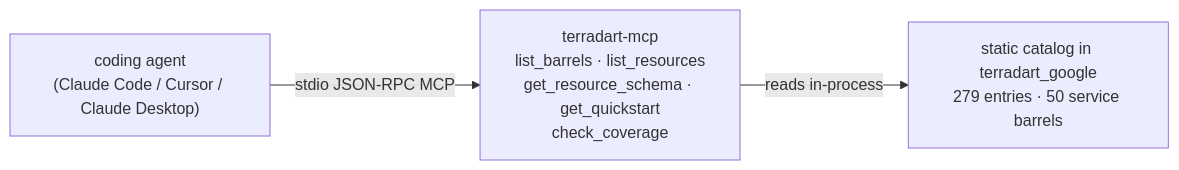
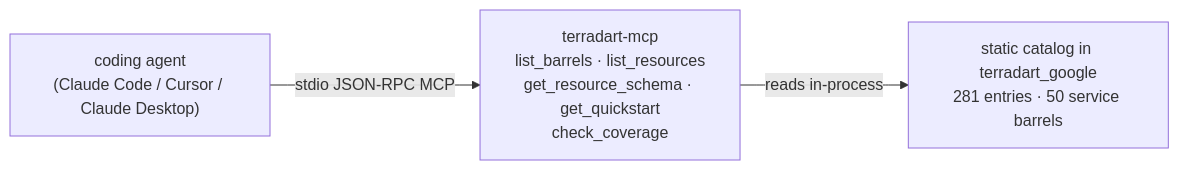
One commit to nozomi-koborinai/terradart changed the diagram in website/src/content/docs/docs/agent/index.md. Above: the diagram before and after it, drawn with Mermaid. The commit also changed other lines of this file and 17 other files, not shown here.

First line of the commit message:
feat(google): curate Compute static route + project metadata item (2 factories)

````diff
--- a/website/src/content/docs/docs/agent/index.md
+++ b/website/src/content/docs/docs/agent/index.md
@@ -12,8 +12,8 @@
 ```mermaid
 graph LR
   agent["coding agent<br/>(Claude Code / Cursor / Claude Desktop)"]
   mcp["terradart-mcp<br/>list_barrels · list_resources<br/>get_resource_schema · get_quickstart<br/>check_coverage"]
-  catalog["static catalog in terradart_google<br/>279 entries · 50 service barrels"]
+  catalog["static catalog in terradart_google<br/>281 entries · 50 service barrels"]
   agent -->|stdio JSON-RPC MCP| mcp
   mcp -->|reads in-process| catalog
 ```
````
